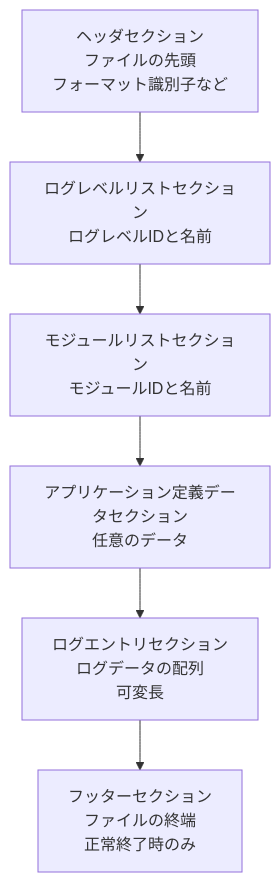
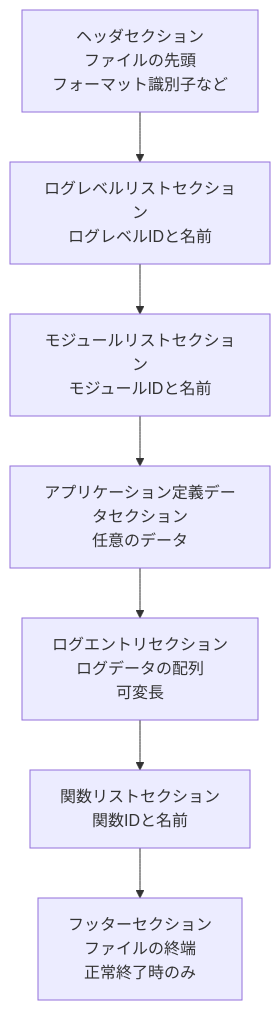
Before and after one commit to hirosof/SoundProcessCpp: the first of 3 diagrams in SoundProcessCpp/Libraries/HSSoundBasisLib/specifications/HSSBLogger_LogFileFormatSpec.md, drawn with Mermaid. The commit also changed other lines of this file, not shown here.

Commit message:
HSSBLogger_LogFileFormatSpec.md更新

````diff
--- a/SoundProcessCpp/Libraries/HSSoundBasisLib/specifications/HSSBLogger_LogFileFormatSpec.md
+++ b/SoundProcessCpp/Libraries/HSSoundBasisLib/specifications/HSSBLogger_LogFileFormatSpec.md
@@ -27,15 +26,17 @@
 ```mermaid
 flowchart TB
     Header["ヘッダセクション<br>ファイルの先頭<br>フォーマット識別子など"]
     LogLevelList["ログレベルリストセクション<br>ログレベルIDと名前"]
     ModuleList["モジュールリストセクション<br>モジュールIDと名前"]
     ApplicationDefinedData["アプリケーション定義データセクション<br>任意のデータ"]
     LogEntries["ログエントリセクション<br>ログデータの配列<br>可変長"]
+    FunctionList["関数リストセクション<br>関数IDと名前"]
     Footer["フッターセクション<br>ファイルの終端<br>正常終了時のみ"]
 
     Header --> LogLevelList
     LogLevelList --> ModuleList
     ModuleList --> ApplicationDefinedData
     ApplicationDefinedData --> LogEntries
-    LogEntries --> Footer
+    LogEntries --> FunctionList
+    FunctionList --> Footer
 ```
````
